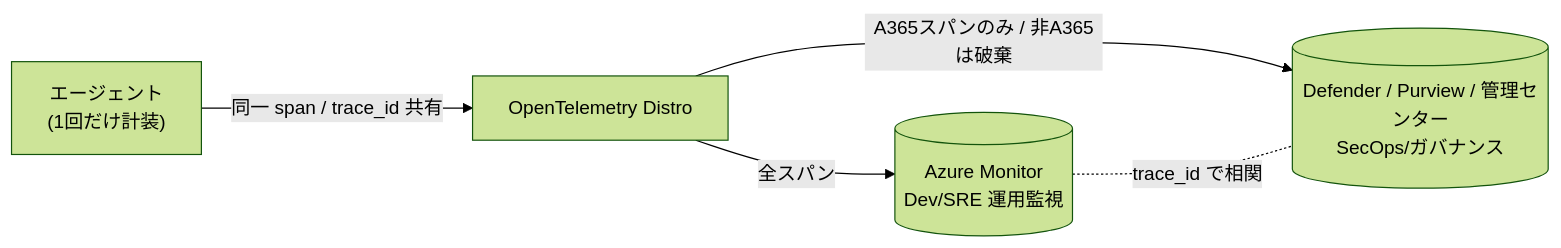
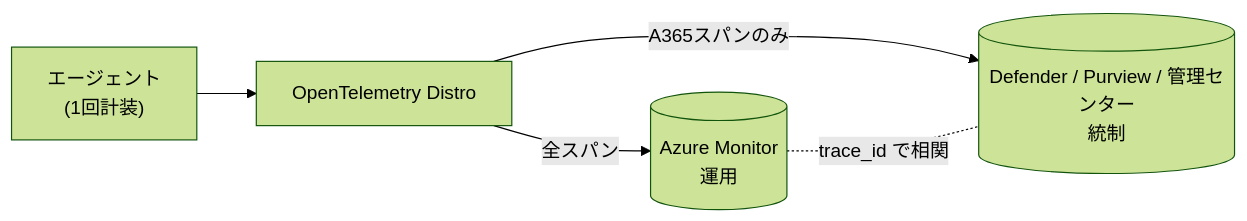
Before and after one commit to ketana0224/Agent365-Onboarding: the diagram in Handson/lab6/lab6-1_A365Observability.md, drawn with Mermaid (forest theme). The commit also changed other lines of this file and 20 other files, not shown here.

````diff
--- a/Handson/lab6/lab6-1_A365Observability.md
+++ b/Handson/lab6/lab6-1_A365Observability.md
@@ -43,7 +39,7 @@
 ```mermaid
 flowchart LR
-  APP["エージェント<br/>(1回だけ計装)"] -->|"同一 span / trace_id 共有"| DIST["OpenTelemetry Distro"]
-  DIST -->|"全スパン"| AM[("Azure Monitor<br/>Dev/SRE 運用監視")]
-  DIST -->|"A365スパンのみ / 非A365は破棄"| DEF[("Defender / Purview / 管理センター<br/>SecOps/ガバナンス")]
+  APP["エージェント<br/>(1回計装)"] --> DIST["OpenTelemetry Distro"]
+  DIST -->|"全スパン"| AM[("Azure Monitor<br/>運用")]
+  DIST -->|"A365スパンのみ"| DEF[("Defender / Purview / 管理センター<br/>統制")]
   AM -. "trace_id で相関" .- DEF
 ```
````
